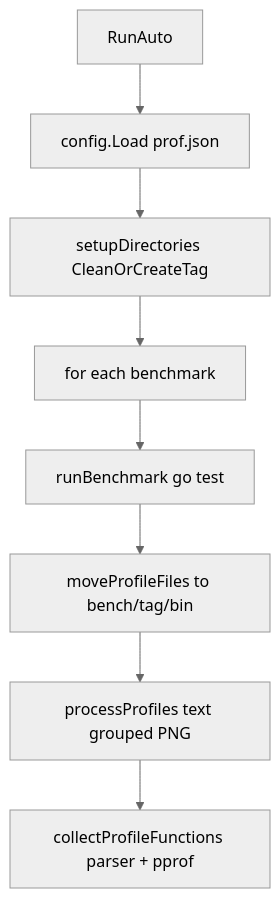
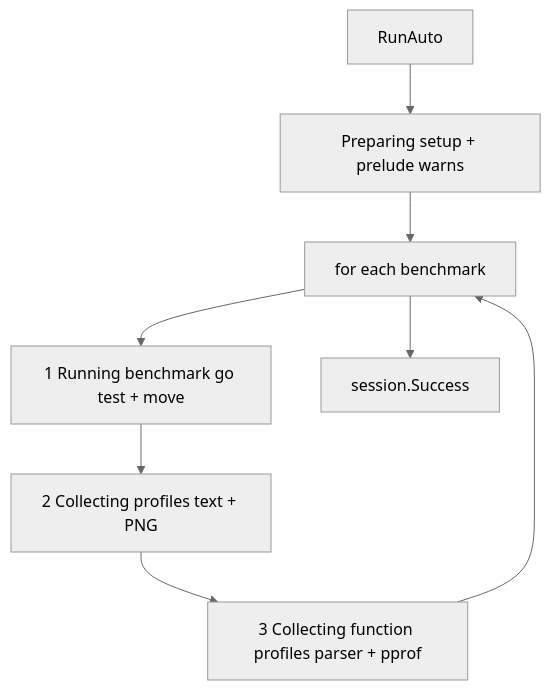
Before and after one commit to AlexsanderHamir/prof: the second of 2 diagrams in docs/collect-request-flow.md, drawn with Mermaid (neutral theme). The commit also changed other lines of this file and 36 other files, not shown here.

First line of the commit message:
feat: benchmark progress spinner during collect (#108)

````diff
--- a/docs/collect-request-flow.md
+++ b/docs/collect-request-flow.md
@@ -109,10 +100,10 @@
 ```mermaid
 flowchart TB
-  runAuto["RunAuto"] --> loadCfg["config.Load prof.json"]
-  loadCfg --> setup["setupDirectories CleanOrCreateTag"]
-  setup --> loop["for each benchmark"]
-  loop --> bench["runBenchmark go test"]
-  bench --> move["moveProfileFiles to bench/tag/bin"]
-  move --> proc["processProfiles text grouped PNG"]
-  proc --> fn["collectProfileFunctions parser + pprof"]
+  runAuto["RunAuto"] --> prep["Preparing setup + prelude warns"]
+  prep --> loop["for each benchmark"]
+  loop --> s1["1 Running benchmark go test + move"]
+  s1 --> s2["2 Collecting profiles text + PNG"]
+  s2 --> s3["3 Collecting function profiles parser + pprof"]
+  s3 --> loop
+  loop --> done["session.Success"]
 ```
````
